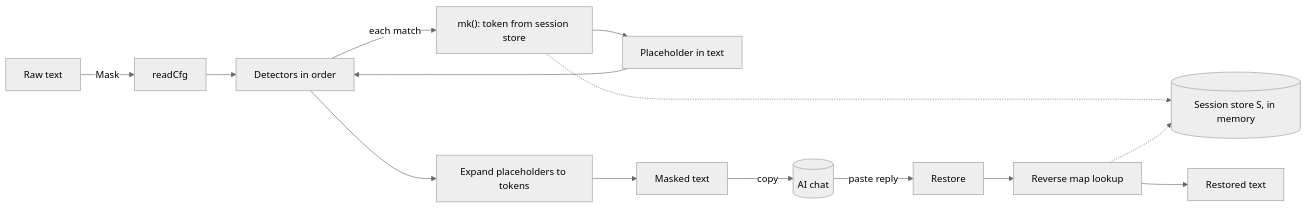
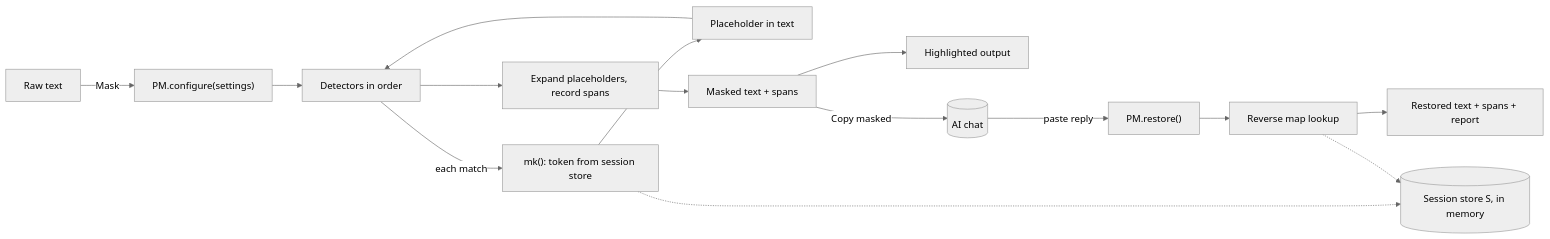
The diagram in docs/ARCHITECTURE.md (oluwatosinogunjimi/Data-Tokenization-Masking-AI), drawn with Mermaid (neutral theme) before and after one commit. The commit also changed other lines of this file and 9 other files, not shown here.

First line of the commit message:
Rebuild the interface: highlighted tokens, tabs, settings drawer

````diff
--- a/docs/ARCHITECTURE.md
+++ b/docs/ARCHITECTURE.md
@@ -22,16 +42,17 @@
 ```mermaid
 flowchart LR
-  A[Raw text] -->|Mask| B[readCfg]
+  A[Raw text] -->|Mask| B["PM.configure(settings)"]
   B --> C[Detectors in order]
   C -->|each match| D["mk(): token from session store"]
   D --> E[Placeholder in text]
   E --> C
-  C --> F[Expand placeholders to tokens]
-  F --> G[Masked text]
-  G -->|copy| H[(AI chat)]
-  H -->|paste reply| I[Restore]
+  C --> F[Expand placeholders, record spans]
+  F --> G[Masked text + spans]
+  G --> R[Highlighted output]
+  G -->|Copy masked| H[(AI chat)]
+  H -->|paste reply| I["PM.restore()"]
   I --> J[Reverse map lookup]
-  J --> K[Restored text]
+  J --> K[Restored text + spans + report]
   D -.-> S[(Session store S, in memory)]
   J -.-> S
 ```
````
